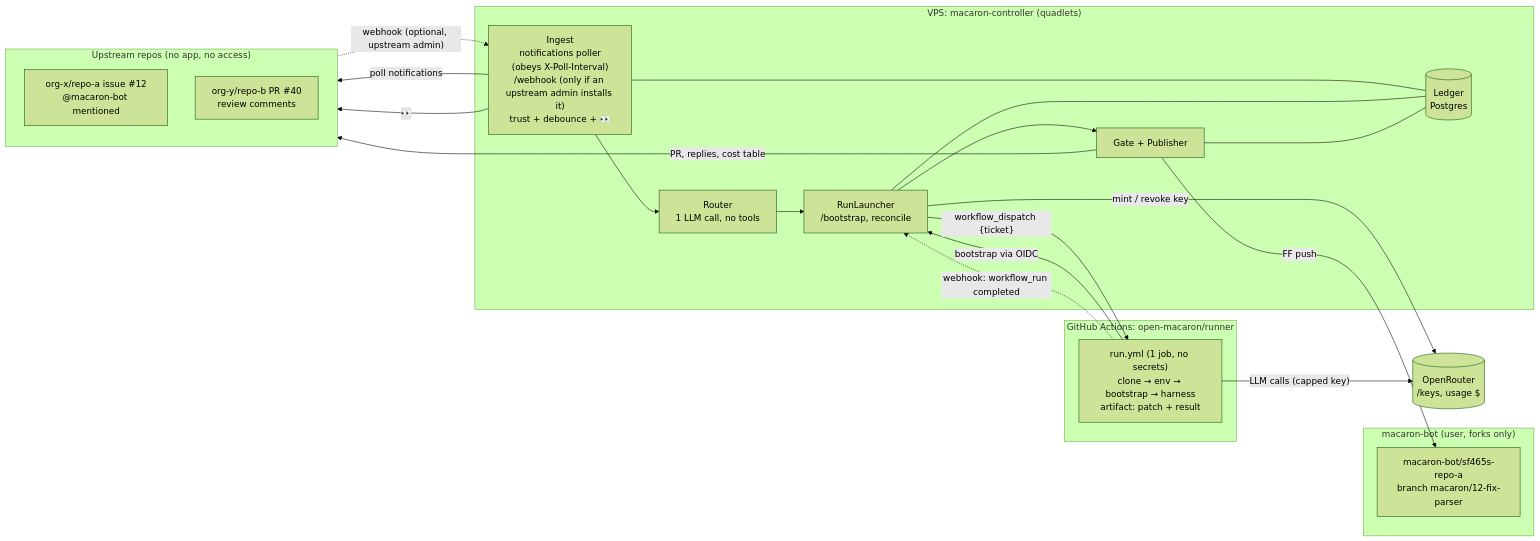
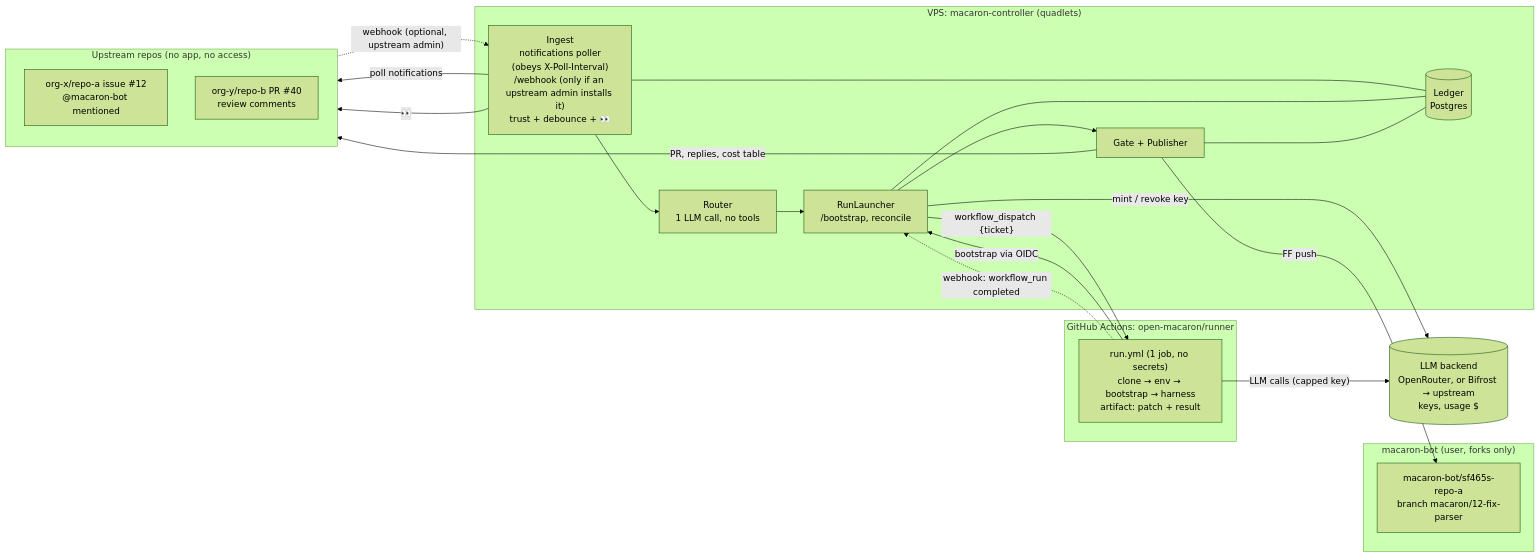
One commit to open-macaron/macaron changed the first of 5 diagrams in docs/DESIGN.md. Above: the diagram before and after it, drawn with Mermaid (forest theme). The commit also changed other lines of this file and 5 other files, not shown here.

First line of the commit message:
docs: two LLM backends (OpenRouter, Bifrost over an upstream key)

````diff
--- a/docs/DESIGN.md
+++ b/docs/DESIGN.md
@@ -20,35 +20,35 @@
 ```mermaid
 flowchart LR
   subgraph UP["Upstream repos (no app, no access)"]
     ISSUE["org-x/repo-a issue #12<br/>@macaron-bot mentioned"]
     PR["org-y/repo-b PR #40<br/>review comments"]
   end
   subgraph FORK["macaron-bot (user, forks only)"]
     BR["macaron-bot/sf465s-repo-a<br/>branch macaron/12-fix-parser"]
   end
   subgraph VPS["VPS: macaron-controller (quadlets)"]
     ING["Ingest<br/>notifications poller<br/>(obeys X-Poll-Interval)<br/>/webhook (only if an upstream admin installs it)<br/>trust + debounce + 👀"]
     ROU["Router<br/>1 LLM call, no tools"]
     RL["RunLauncher<br/>/bootstrap, reconcile"]
     PUB["Gate + Publisher"]
     DB[("Ledger<br/>Postgres")]
   end
   subgraph GHA["GitHub Actions: open-macaron/runner"]
     RUN["run.yml (1 job, no secrets)<br/>clone → env → bootstrap → harness<br/>artifact: patch + result"]
   end
-  OR[("OpenRouter<br/>/keys, usage $")]
+  OR[("LLM backend<br/>OpenRouter, or Bifrost → upstream<br/>keys, usage $")]
 
   ING -- "poll notifications" --> UP
   UP -. "webhook (optional, upstream admin)" .-> ING
   ING -- "👀" --> UP
   ING --> ROU --> RL
   RL -- "mint / revoke key" --> OR
   RL -- "workflow_dispatch {ticket}" --> RUN
   RUN -- "bootstrap via OIDC" --> RL
   RUN -- "LLM calls (capped key)" --> OR
   RUN -. "webhook: workflow_run completed" .-> RL
   RL --> PUB
   PUB -- "FF push" --> BR
   PUB -- "PR, replies, cost table" --> UP
   ING & RL & PUB --- DB
 ```
````
